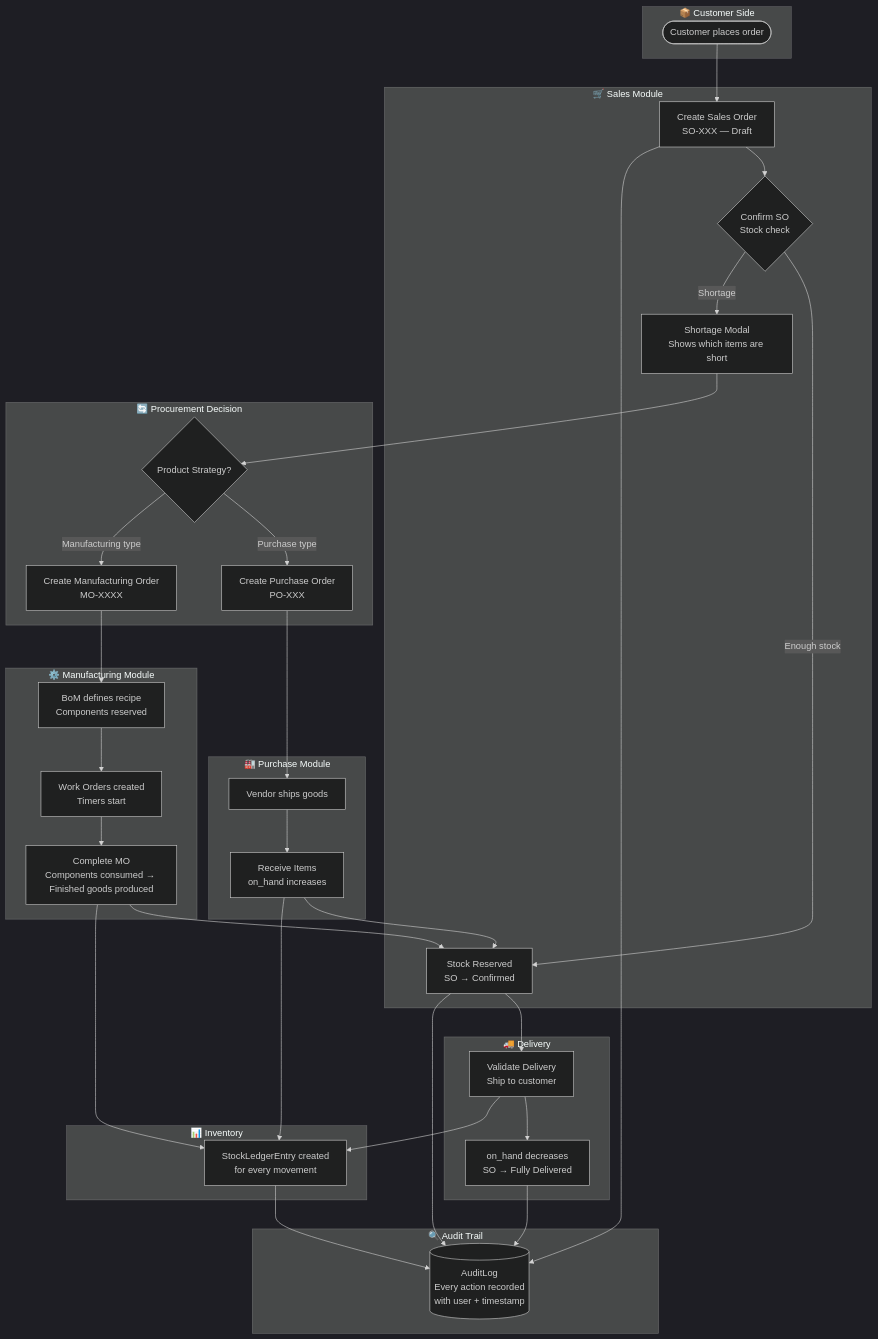
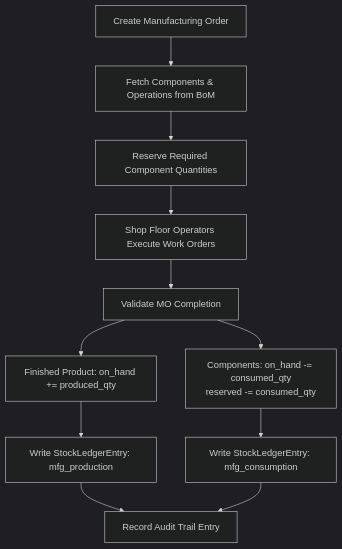
Before and after one commit to Adgu0205/miniERP-: the fifth of 6 diagrams in README.md, drawn with Mermaid (dark theme). The commit also changed other lines of this file and 22 other files, not shown here.

````diff
--- a/README.md
+++ b/README.md
@@ -456,57 +332,13 @@
 ```mermaid
 flowchart TD
-    subgraph CUSTOMER["📦 Customer Side"]
-        A([Customer places order])
-    end
-
-    subgraph SALES["🛒 Sales Module"]
-        B[Create Sales Order\nSO-XXX — Draft]
-        C{Confirm SO\nStock check}
-        D[Stock Reserved\nSO → Confirmed]
-        E[Shortage Modal\nShows which items are short]
-    end
-
-    subgraph PROCUREMENT["🔄 Procurement Decision"]
-        F{Product Strategy?}
-        G[Create Purchase Order\nPO-XXX]
-        H[Create Manufacturing Order\nMO-XXXX]
-    end
-
-    subgraph PURCHASE["🏭 Purchase Module"]
-        I[Vendor ships goods]
-        J[Receive Items\non_hand increases]
-    end
-
-    subgraph MANUFACTURING["⚙️ Manufacturing Module"]
-        K[BoM defines recipe\nComponents reserved]
-        L[Work Orders created\nTimers start]
-        M[Complete MO\nComponents consumed → Finished goods produced]
-    end
-
-    subgraph INVENTORY["📊 Inventory"]
-        N[StockLedgerEntry created\nfor every movement]
-    end
-
-    subgraph DELIVERY["🚚 Delivery"]
-        O[Validate Delivery\nShip to customer]
-        P[on_hand decreases\nSO → Fully Delivered]
-    end
-
-    subgraph AUDIT["🔍 Audit Trail"]
-        Q[(AuditLog\nEvery action recorded\nwith user + timestamp)]
-    end
-
-    A --> B --> C
-    C -->|Enough stock| D --> O
-    C -->|Shortage| E --> F
-    F -->|Purchase type| G --> I --> J --> D
-    F -->|Manufacturing type| H --> K --> L --> M --> D
-    O --> P
-    J --> N
-    M --> N
-    O --> N
-    N --> Q
-    B --> Q
-    D --> Q
-    P --> Q
+    A[Create Manufacturing Order] --> B[Fetch Components & Operations from BoM]
+    B --> C[Reserve Required Component Quantities]
+    C --> D[Shop Floor Operators Execute Work Orders]
+    D --> E[Validate MO Completion]
+    E --> F[Finished Product: on_hand += produced_qty]
+    E --> G[Components: on_hand -= consumed_qty\nreserved -= consumed_qty]
+    F --> H[Write StockLedgerEntry: mfg_production]
+    G --> I[Write StockLedgerEntry: mfg_consumption]
+    H --> J[Record Audit Trail Entry]
+    I --> J
 ```
````
